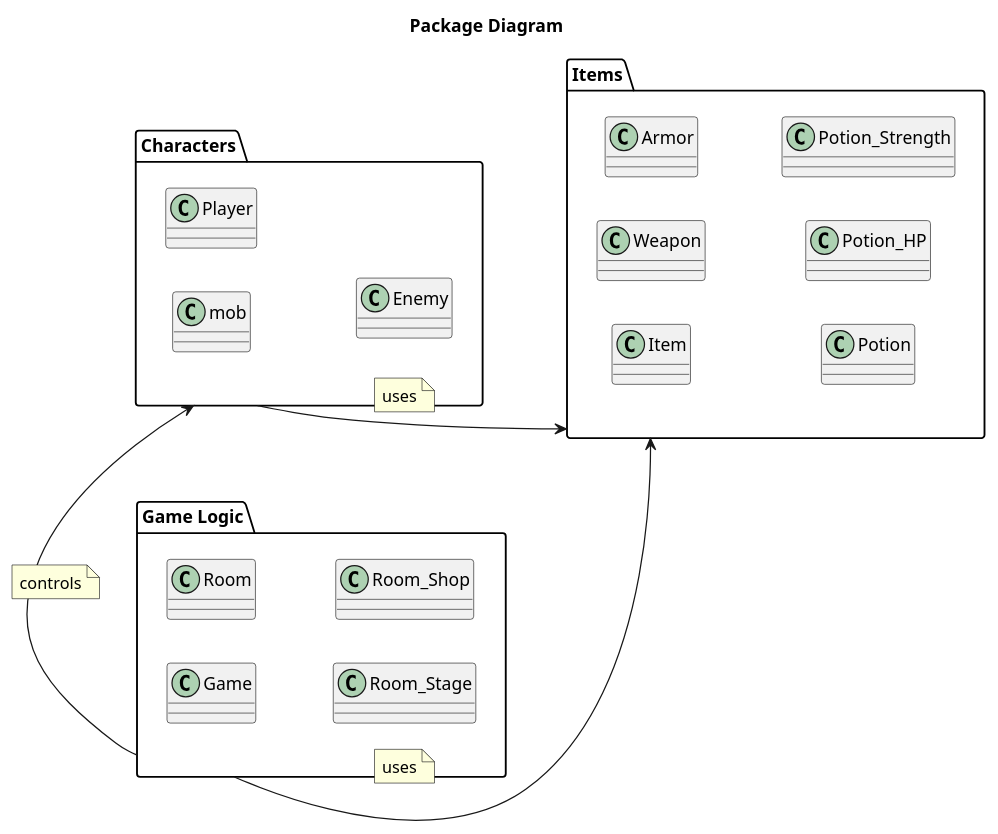
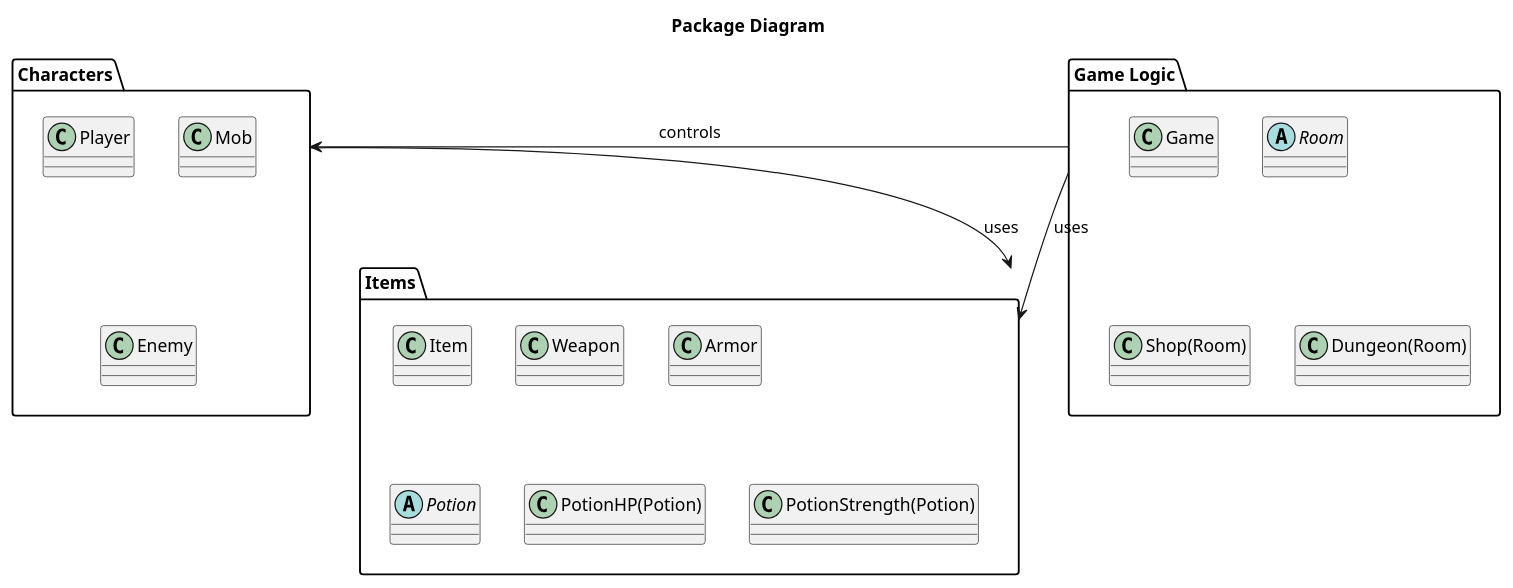
One commit to paulconnett/oop-group-final changed the diagram in game/uml/development.plantuml. Above: the diagram before and after it, drawn with PlantUML. The commit also changed 9 other files, not shown here.

```diff
--- a/game/uml/development.plantuml
+++ b/game/uml/development.plantuml
@@ -1,42 +1,30 @@
 @startuml Development View
 title Package Diagram
 
-left to right direction
-
-package "Characters" as CH {
-  class mob
+package "Characters" {
   class Player
+  class Mob
   class Enemy
 }
 
-package "Game Logic" as GL {
-  class Game
-  class Room
-  class Room_Stage
-  class Room_Shop
-}
-
-package "Items" as IT {
+package "Items" {
   class Item
   class Weapon
   class Armor
-  class Potion
-  class Potion_HP
-  class Potion_Strength
+  abstract class Potion
+  class PotionHP(Potion)
+  class PotionStrength(Potion)
 }
 
-GL --> CH
-note on link
-controls
-end note
+package "Game Logic" {
+  class Game
+  abstract class Room
+  class Shop(Room)
+  class Dungeon(Room)
+}
 
-GL --> IT
-note on link
-uses
-end note
+"Game Logic" --> Characters : controls
+"Game Logic" --> Items : uses
+Characters --> Items : uses
 
-CH --> IT
-note on link
-uses
-end note
 @enduml
```
